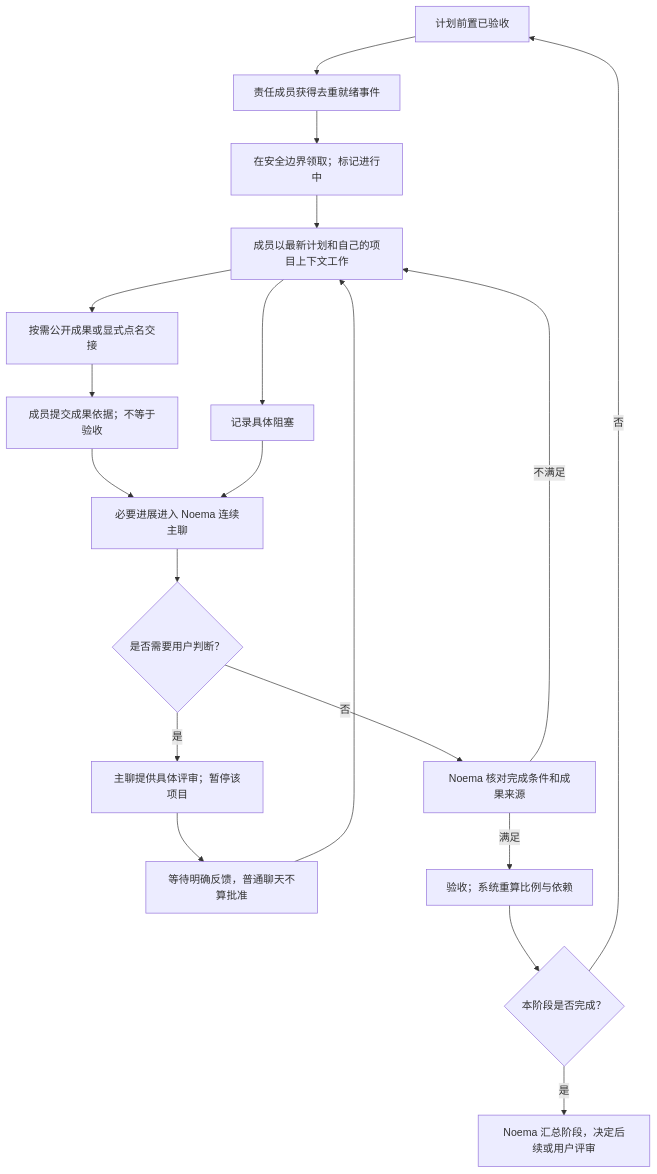
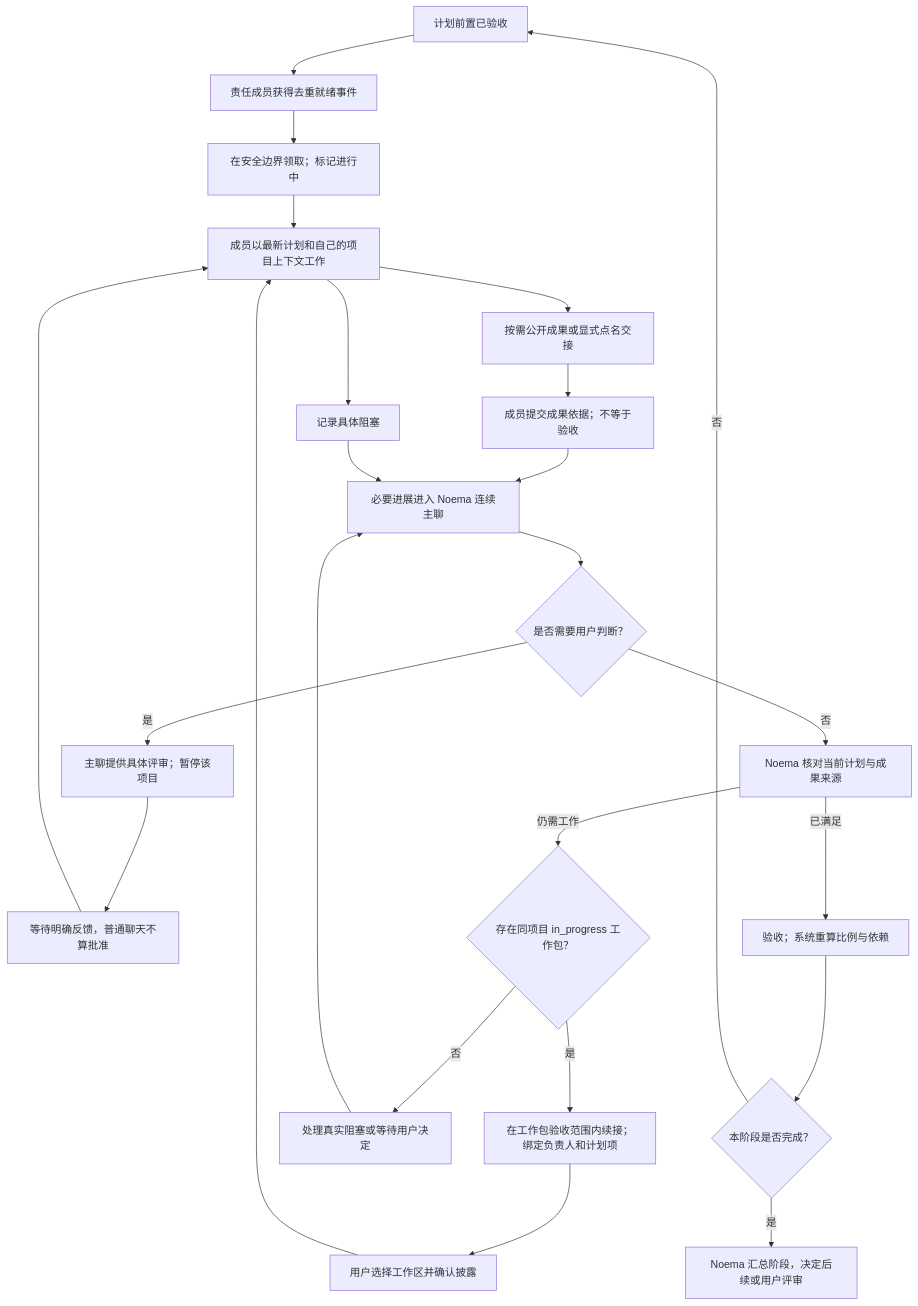
Before and after one commit to Noema-Harness/noema-agent: diagram 11 of 17 in docs/design/noema-core-flows.md, drawn with Mermaid. The commit also changed other lines of this file and 9 other files, not shown here.

````diff
--- a/docs/design/noema-core-flows.md
+++ b/docs/design/noema-core-flows.md
@@ -324,21 +324,26 @@
 ```mermaid
 flowchart TD
     READY[计划前置已验收] --> QUEUE[责任成员获得去重就绪事件]
     QUEUE --> CLAIM[在安全边界领取；标记进行中]
     CLAIM --> WORK[成员以最新计划和自己的项目上下文工作]
     WORK --> SHARE[按需公开成果或显式点名交接]
     SHARE --> SUBMIT[成员提交成果依据；不等于验收]
     WORK --> BLOCK[记录具体阻塞]
     SUBMIT --> NOTICE[必要进展进入 Noema 连续主聊]
     BLOCK --> NOTICE
     NOTICE --> JUDGE{是否需要用户判断？}
     JUDGE -- 是 --> REVIEW[主聊提供具体评审；暂停该项目]
     REVIEW --> USER[等待明确反馈，普通聊天不算批准]
     USER --> WORK
-    JUDGE -- 否 --> VERIFY[Noema 核对完成条件和成果来源]
-    VERIFY -- 不满足 --> WORK
-    VERIFY -- 满足 --> ACCEPT[验收；系统重算比例与依赖]
+    JUDGE -- 否 --> VERIFY[Noema 核对当前计划与成果来源]
+    VERIFY -- 已满足 --> ACCEPT[验收；系统重算比例与依赖]
+    VERIFY -- 仍需工作 --> SCOPE{存在同项目 in_progress 工作包？}
+    SCOPE -- 是 --> RESUME[在工作包验收范围内续接；绑定负责人和计划项]
+    RESUME --> PICK[用户选择工作区并确认披露]
+    PICK --> WORK
+    SCOPE -- 否 --> WAIT[处理真实阻塞或等待用户决定]
+    WAIT --> NOTICE
     ACCEPT --> NEXT{本阶段是否完成？}
     NEXT -- 否 --> READY
     NEXT -- 是 --> STAGE[Noema 汇总阶段，决定后续或用户评审]
 ```
````
